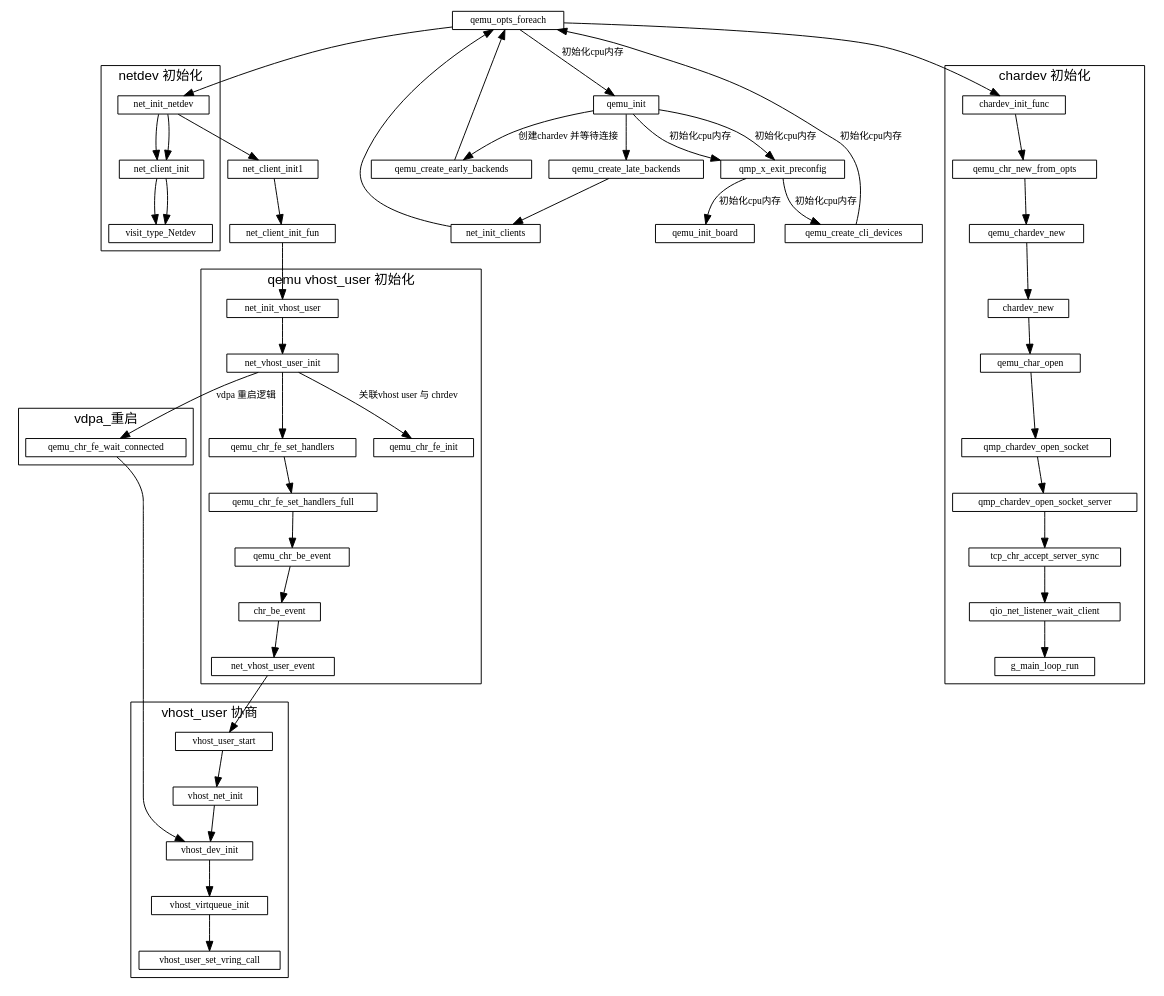
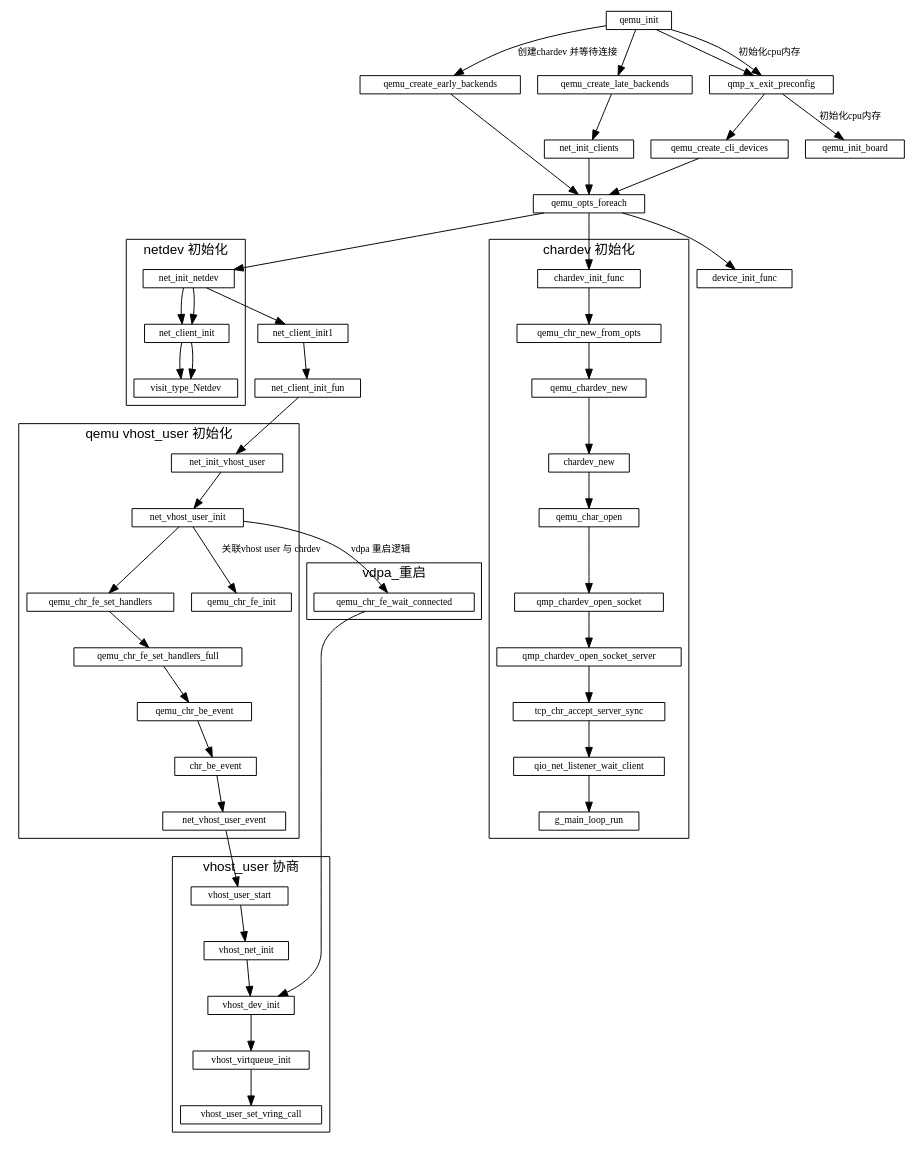
The diagram in qemu/qemu初始化.md (sisyphus1212/note), drawn with Graphviz before and after one commit.

Commit message:
auto_update

```diff
--- a/qemu/qemu初始化.md
+++ b/qemu/qemu初始化.md
@@ -95,7 +95,7 @@
     qemu_init -> qmp_x_exit_preconfig
               -> qemu_create_cli_devices
               -> qemu_opts_foreach
-              ->
+              -> device_init_func
     qemu_init -> qmp_x_exit_preconfig
               -> qemu_init_board[label="初始化cpu内存"]
 
```
